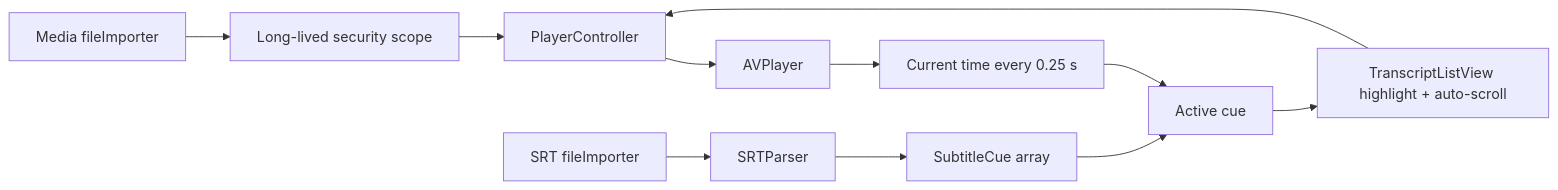
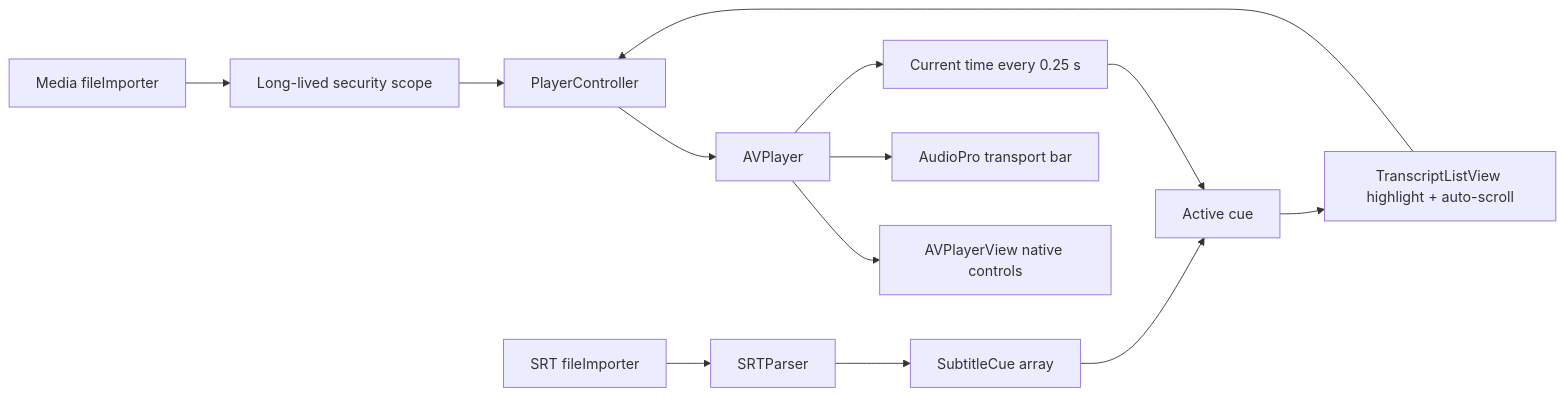
One commit to CometaSensitiva/AudioPro changed the eighth of 8 diagrams in docs/architecture.md. Above: the diagram before and after it, drawn with Mermaid. The commit also changed other lines of this file and 38 other files, not shown here.

````diff
--- a/docs/architecture.md
+++ b/docs/architecture.md
@@ -242,13 +271,15 @@
 ```mermaid
 flowchart LR
     MediaPicker["Media fileImporter"] --> Scope["Long-lived security scope"]
     Scope --> Controller["PlayerController"]
     Controller --> AVPlayer["AVPlayer"]
+    AVPlayer --> NativeView["AVPlayerView native controls"]
+    AVPlayer --> AudioProBar["AudioPro transport bar"]
     SRTPicker["SRT fileImporter"] --> Parser["SRTParser"]
     Parser --> Cues["SubtitleCue array"]
     AVPlayer --> Time["Current time every 0.25 s"]
     Time --> Active["Active cue"]
     Cues --> Active
     Active --> List["TranscriptListView highlight + auto-scroll"]
     List --> Controller
 ```
````
